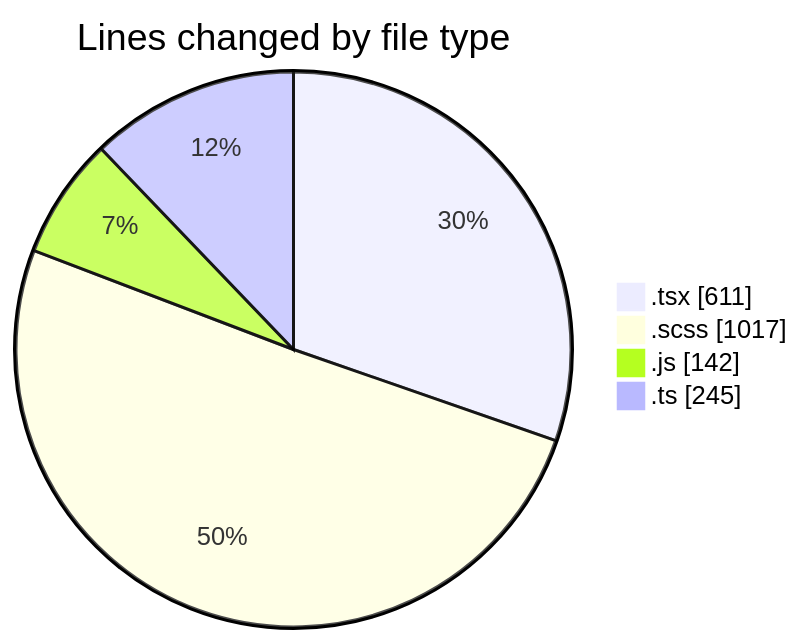
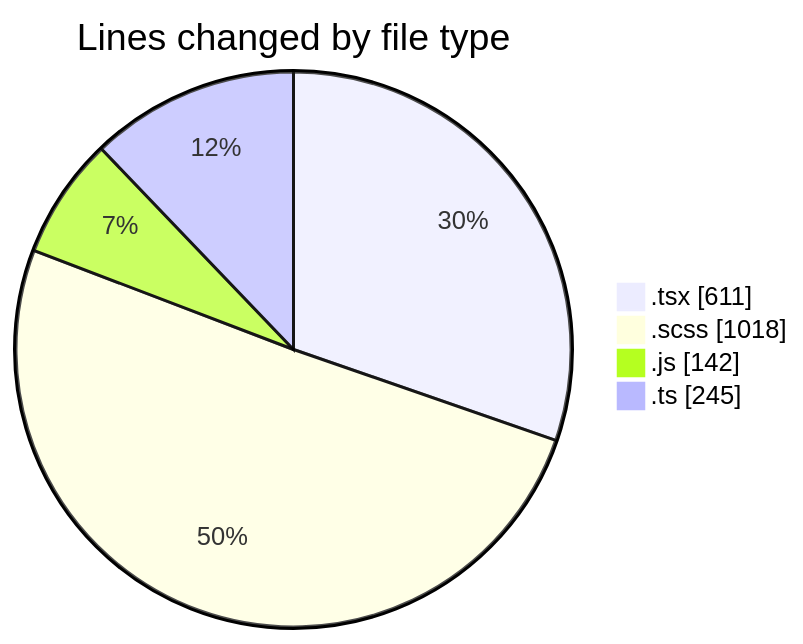
One commit to momahboobian/code-tracking changed the first of 2 diagrams in 2026-03-25/cda/README.md. Above: the diagram before and after it, drawn with Mermaid. The commit also changed other lines of this file and 1 other file, not shown here.

````diff
--- a/2026-03-25/cda/README.md
+++ b/2026-03-25/cda/README.md
@@ -23,8 +23,8 @@
 ```mermaid
 pie showData
 title Lines changed by file type
 ".tsx" : 611
-".scss" : 1017
+".scss" : 1018
 ".js" : 142
 ".ts" : 245
 ```
````
